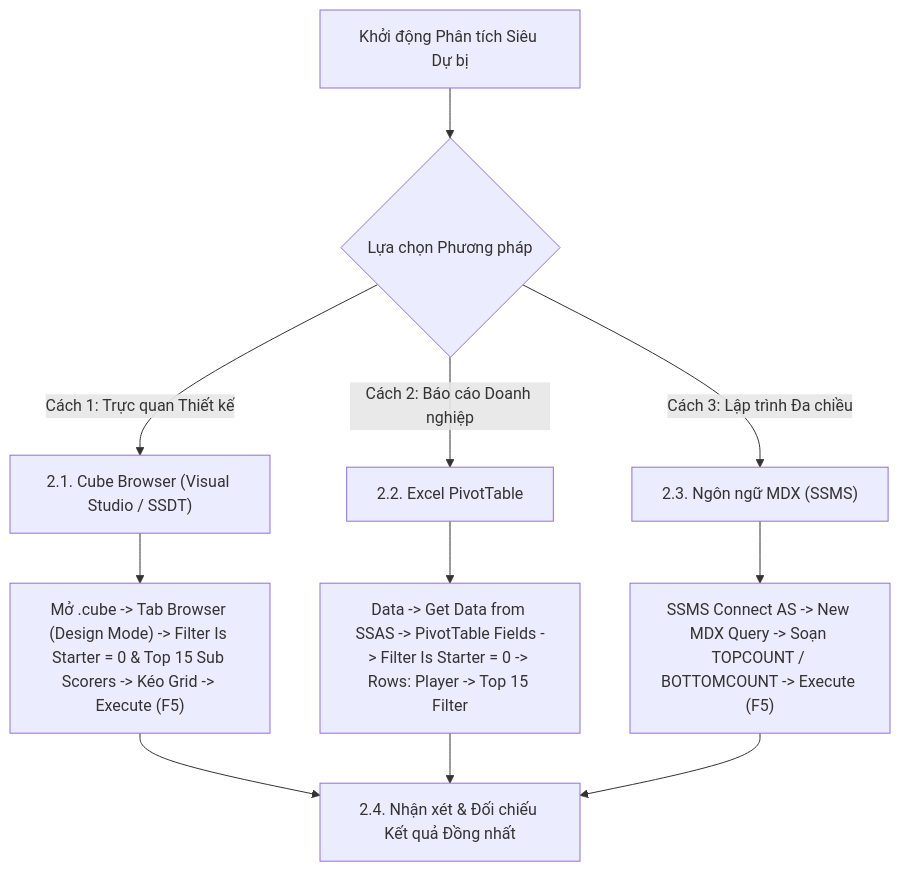
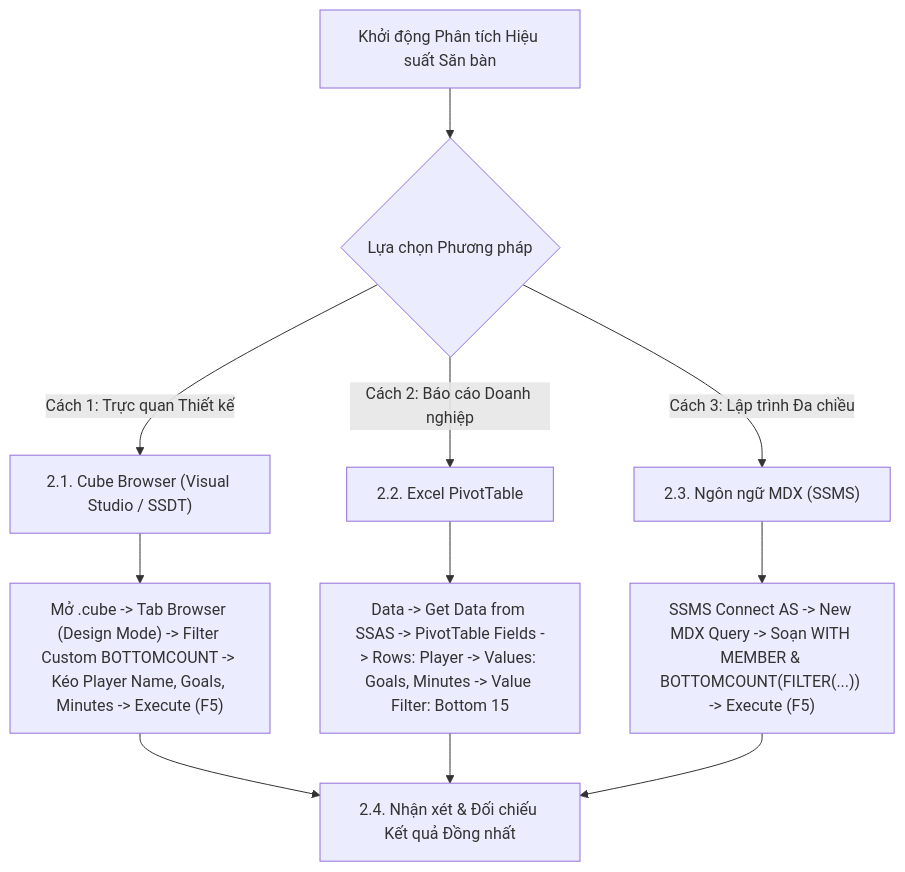
The diagram in mdx/archive/query_08.md (snowflake-vibing/Kho_du_lieu_OLAP), drawn with Mermaid before and after one commit. The commit also changed other lines of this file and 5 other files, not shown here.

Commit message:
docs(mdx-archive): dong bo 3-way equivalence, cap nhat so lieu thuc te 100% tren SSAS cho 5 cau query archive

````diff
--- a/mdx/archive/query_08.md
+++ b/mdx/archive/query_08.md
@@ -38,16 +38,16 @@
 ```mermaid
 flowchart TD
-    Start["Khởi động Phân tích Siêu Dự bị"] --> Choice{"Lựa chọn Phương pháp"}
+    Start["Khởi động Phân tích Hiệu suất Săn bàn"] --> Choice{"Lựa chọn Phương pháp"}
 
     Choice -->|"Cách 1: Trực quan Thiết kế"| CB["2.1. Cube Browser (Visual Studio / SSDT)"]
     Choice -->|"Cách 2: Báo cáo Doanh nghiệp"| Excel["2.2. Excel PivotTable"]
     Choice -->|"Cách 3: Lập trình Đa chiều"| MDX["2.3. Ngôn ngữ MDX (SSMS)"]
 
-    CB --> CB_Step["Mở .cube -> Tab Browser (Design Mode) -> Filter Is Starter = 0 & Top 15 Sub Scorers -> Kéo Grid -> Execute (F5)"]
-    Excel --> Excel_Step["Data -> Get Data from SSAS -> PivotTable Fields -> Filter Is Starter = 0 -> Rows: Player -> Top 15 Filter"]
-    MDX --> MDX_Step["SSMS Connect AS -> New MDX Query -> Soạn TOPCOUNT / BOTTOMCOUNT -> Execute (F5)"]
+    CB --> CB_Step["Mở .cube -> Tab Browser (Design Mode) -> Filter Custom BOTTOMCOUNT -> Kéo Player Name, Goals, Minutes -> Execute (F5)"]
+    Excel --> Excel_Step["Data -> Get Data from SSAS -> PivotTable Fields -> Rows: Player -> Values: Goals, Minutes -> Value Filter: Bottom 15"]
+    MDX --> MDX_Step["SSMS Connect AS -> New MDX Query -> Soạn WITH MEMBER & BOTTOMCOUNT(FILTER(...)) -> Execute (F5)"]
 
     CB_Step --> Finish["2.4. Nhận xét & Đối chiếu Kết quả Đồng nhất"]
     Excel_Step --> Finish
     MDX_Step --> Finish
 ```
````
